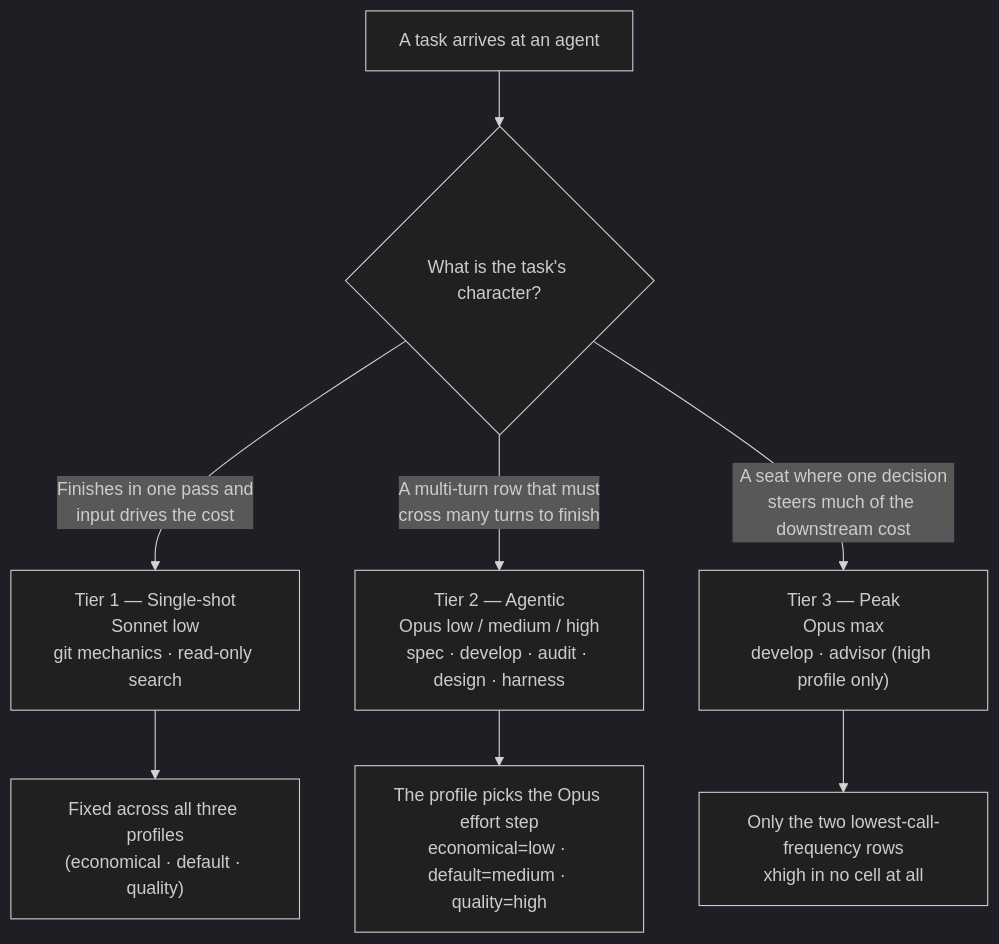
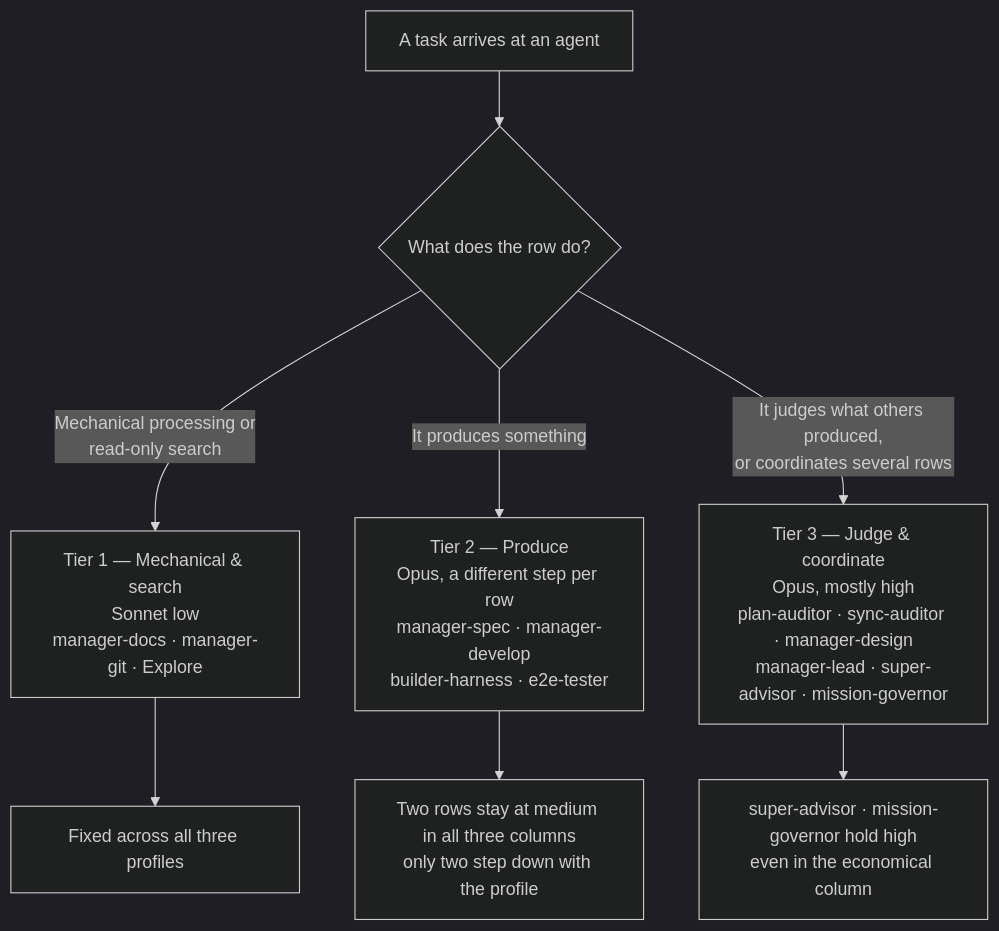
One commit to modu-ai/moai-adk changed the second of 2 diagrams in docs-site/content/en/advanced/no-haiku-3tier.md. Above: the diagram before and after it, drawn with Mermaid (dark theme). The commit also changed other lines of this file and 3 other files, not shown here.

First line of the commit message:
docs(docs-site): re-base the 3-tier split on the judge-vs-produce axis (card t921)

````diff
--- a/docs-site/content/en/advanced/no-haiku-3tier.md
+++ b/docs-site/content/en/advanced/no-haiku-3tier.md
@@ -73,15 +73,15 @@
 ```mermaid
 flowchart TD
-    START["A task arrives at an agent"] --> Q{"What is the task's character?"}
-    Q -- "Finishes in one pass and\ninput drives the cost" --> T1
-    Q -- "A multi-turn row that must\ncross many turns to finish" --> T2
-    Q -- "A seat where one decision\nsteers much of the downstream cost" --> T3
+    START["A task arrives at an agent"] --> Q{"What does the row do?"}
+    Q -- "Mechanical processing or\nread-only search" --> T1
+    Q -- "It produces something" --> T2
+    Q -- "It judges what others produced,\nor coordinates several rows" --> T3
 
-    T1["Tier 1 — Single-shot<br/>Sonnet low<br/>git mechanics · read-only search"]
-    T2["Tier 2 — Agentic<br/>Opus low / medium / high<br/>spec · develop · audit · design · harness"]
-    T3["Tier 3 — Peak<br/>Opus max<br/>develop · advisor (high profile only)"]
+    T1["Tier 1 — Mechanical & search<br/>Sonnet low<br/>manager-docs · manager-git · Explore"]
+    T2["Tier 2 — Produce<br/>Opus, a different step per row<br/>manager-spec · manager-develop<br/>builder-harness · e2e-tester"]
+    T3["Tier 3 — Judge & coordinate<br/>Opus, mostly high<br/>plan-auditor · sync-auditor · manager-design<br/>manager-lead · super-advisor · mission-governor"]
 
-    T1 --> NOTE["Fixed across all three profiles<br/>(economical · default · quality)"]
-    T2 --> NOTE2["The profile picks the Opus effort step<br/>economical=low · default=medium · quality=high"]
-    T3 --> NOTE3["Only the two lowest-call-frequency rows<br/>xhigh in no cell at all"]
+    T1 --> NOTE["Fixed across all three profiles"]
+    T2 --> NOTE2["Two rows stay at medium in all three columns<br/>only two step down with the profile"]
+    T3 --> NOTE3["super-advisor · mission-governor hold high<br/>even in the economical column"]
 ```
````
